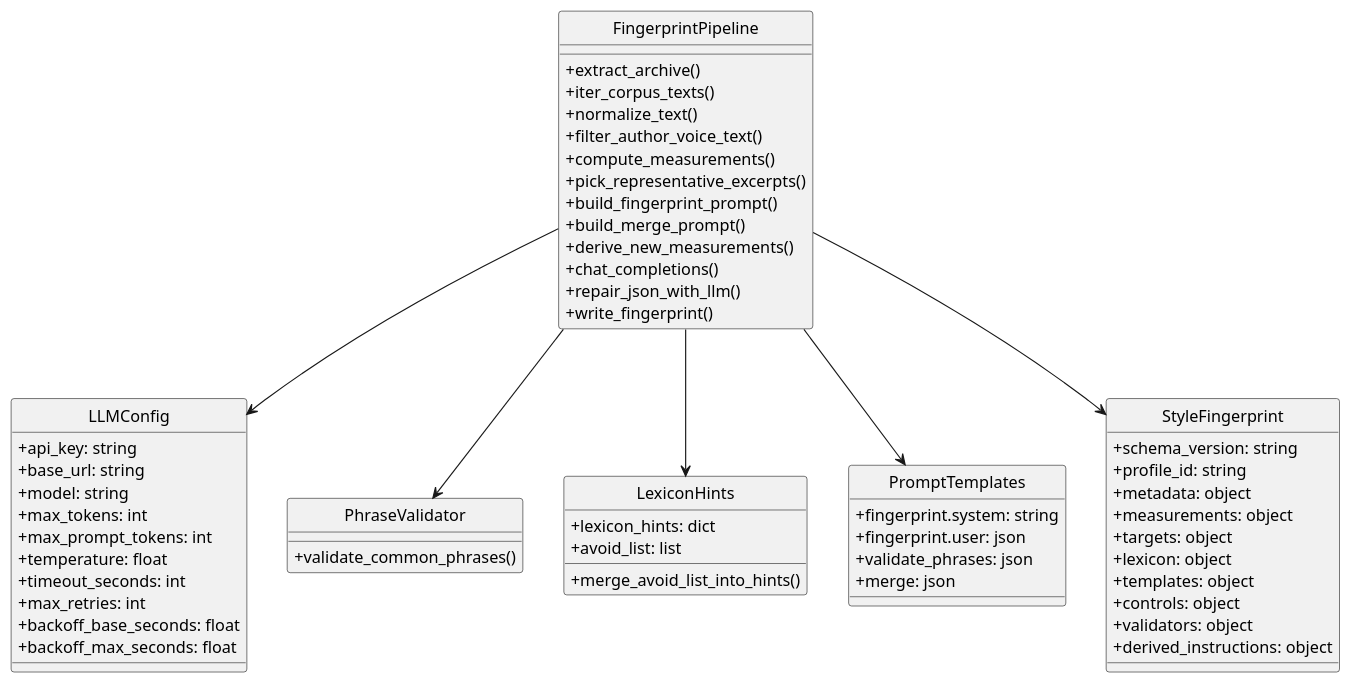
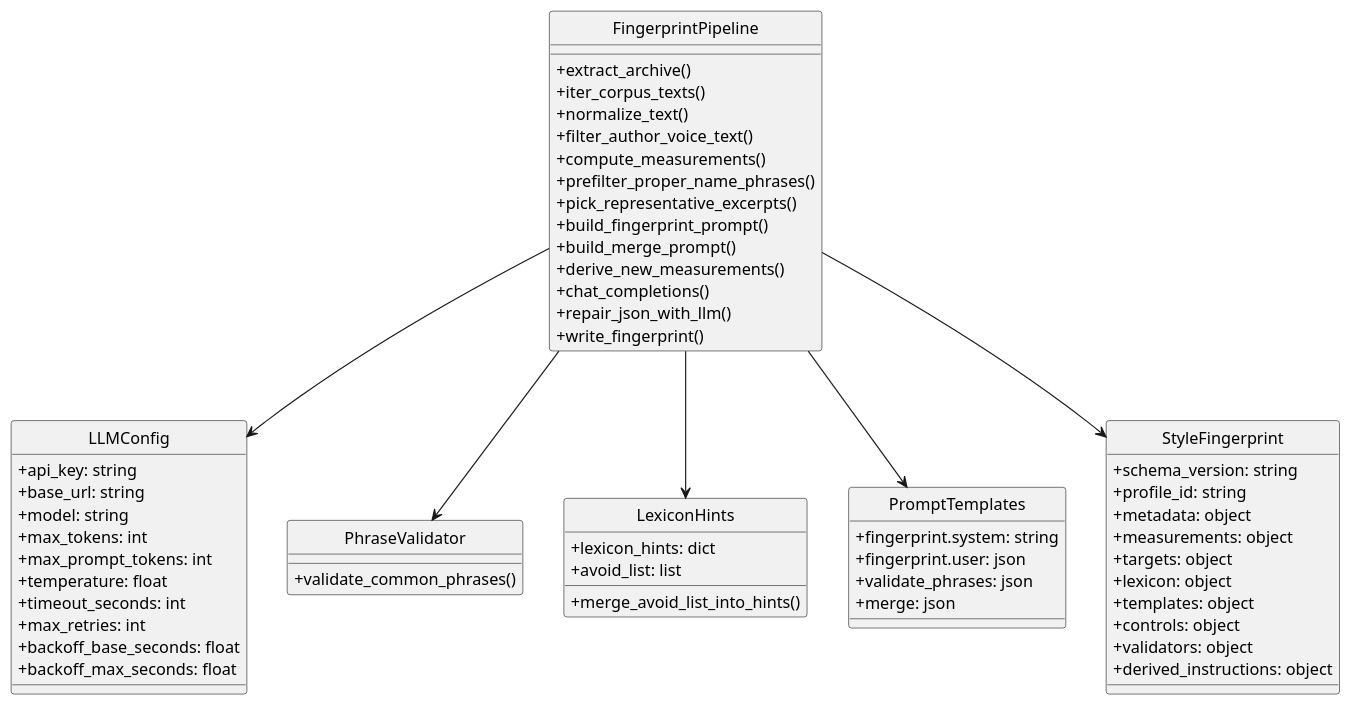
The first of 3 diagrams in UML-Fingerprint.md (ngpepin/stylometric-transfer), drawn with PlantUML before and after one commit. The commit also changed other lines of this file and 3 other files, not shown here.

Commit message:
feat: add prefilter for likely proper-name phrases in common-phrase validation

````diff
--- a/UML-Fingerprint.md
+++ b/UML-Fingerprint.md
@@ -7,70 +7,71 @@
 ```plantuml
 @startuml
 skinparam style strictuml
 skinparam classAttributeIconSize 0
 
 class LLMConfig {
   +api_key: string
   +base_url: string
   +model: string
   +max_tokens: int
   +max_prompt_tokens: int
   +temperature: float
   +timeout_seconds: int
   +max_retries: int
   +backoff_base_seconds: float
   +backoff_max_seconds: float
 }
 
 class FingerprintPipeline {
   +extract_archive()
   +iter_corpus_texts()
   +normalize_text()
   +filter_author_voice_text()
   +compute_measurements()
+  +prefilter_proper_name_phrases()
   +pick_representative_excerpts()
   +build_fingerprint_prompt()
   +build_merge_prompt()
   +derive_new_measurements()
   +chat_completions()
   +repair_json_with_llm()
   +write_fingerprint()
 }
 
 class PhraseValidator {
   +validate_common_phrases()
 }
 
 class LexiconHints {
   +lexicon_hints: dict
   +avoid_list: list
   +merge_avoid_list_into_hints()
 }
 
 class PromptTemplates {
   +fingerprint.system: string
   +fingerprint.user: json
   +validate_phrases: json
   +merge: json
 }
 
 class StyleFingerprint {
   +schema_version: string
   +profile_id: string
   +metadata: object
   +measurements: object
   +targets: object
   +lexicon: object
   +templates: object
   +controls: object
   +validators: object
   +derived_instructions: object
 }
 
 FingerprintPipeline --> LLMConfig
 FingerprintPipeline --> PromptTemplates
 FingerprintPipeline --> PhraseValidator
 FingerprintPipeline --> LexiconHints
 FingerprintPipeline --> StyleFingerprint
 @enduml
 ```
````
